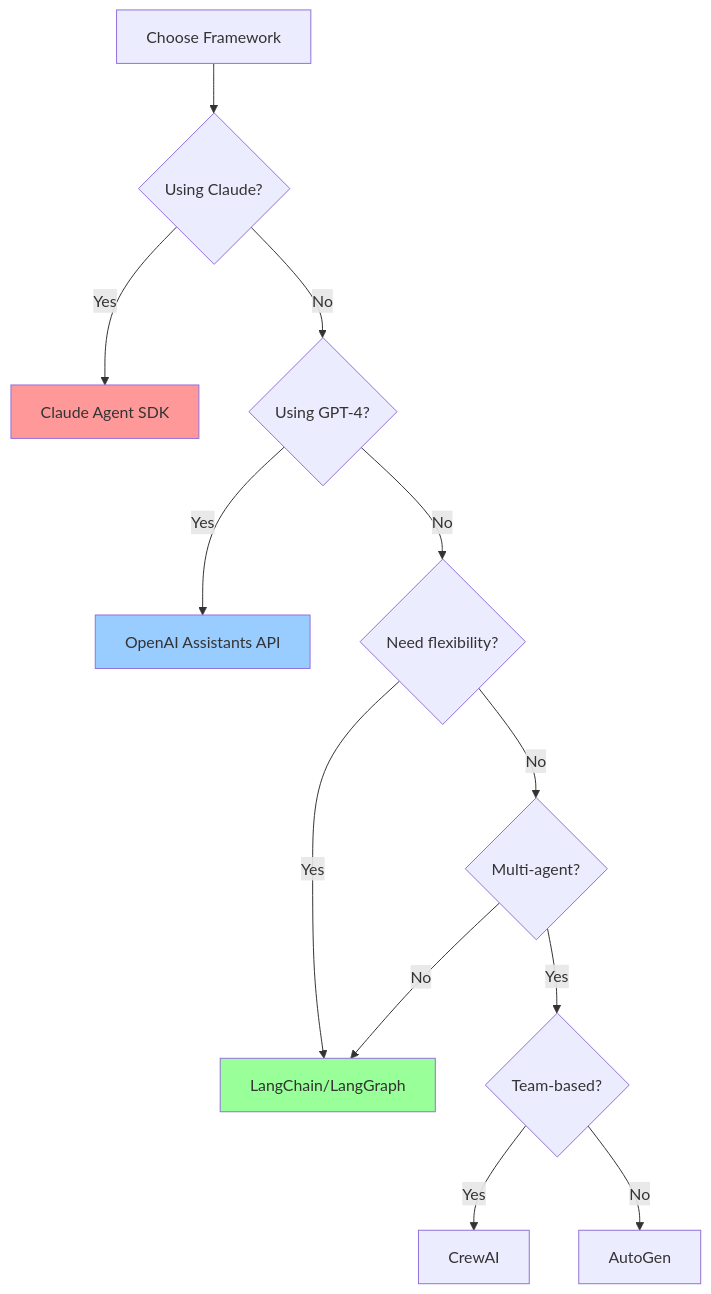
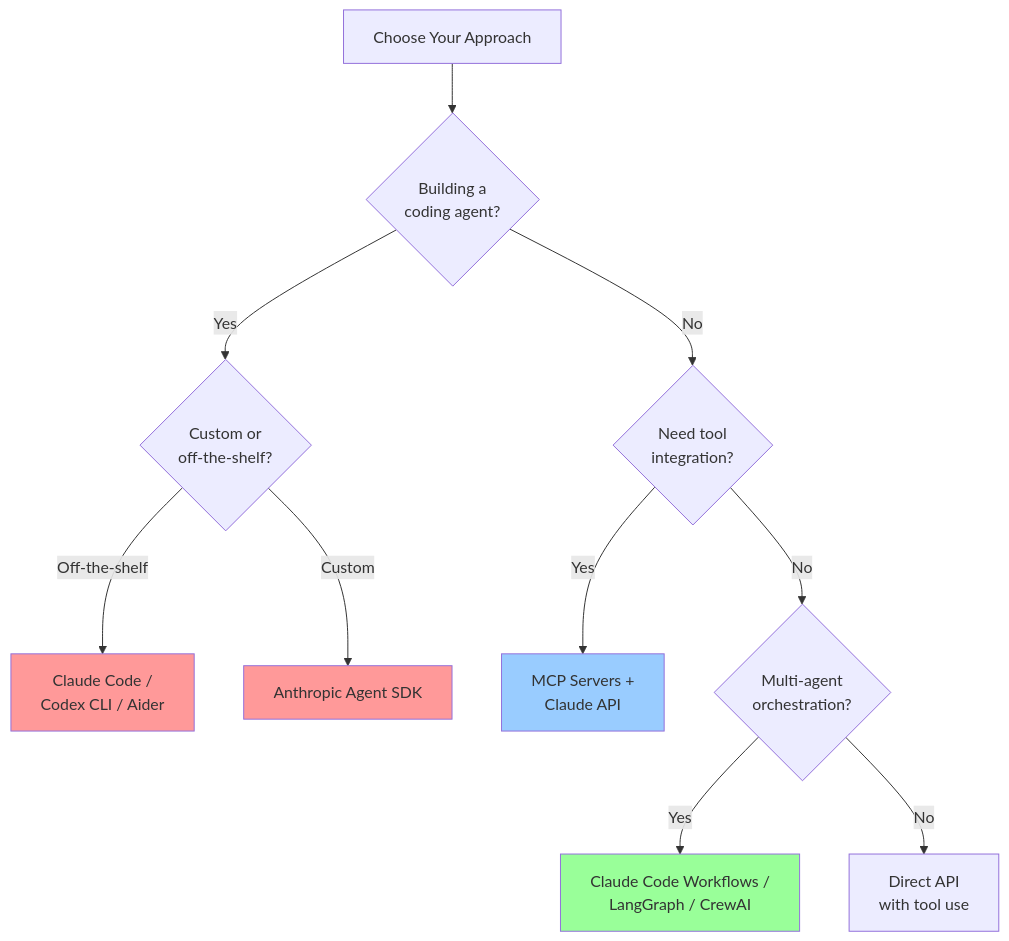
The first of 2 diagrams in public/data/workshops/workshop-04-morning-ai-agents/01_concepts.md (DreamLab-AI/dreamlab-ai-website), drawn with Mermaid before and after one commit. The commit also changed other lines of this file and 111 other files, not shown here.

First line of the commit message:
feat(workshops): comprehensive 2026 update + Docker & Claude Code deep dives

````diff
--- a/public/data/workshops/workshop-04-morning-ai-agents/01_concepts.md
+++ b/public/data/workshops/workshop-04-morning-ai-agents/01_concepts.md
@@ -11,18 +11,17 @@
 ```mermaid
 graph TD
-    Start[Choose Framework] --> Q1{Using Claude?}
-    Q1 -->|Yes| Claude[Claude Agent SDK]
-    Q1 -->|No| Q2{Using GPT-4?}
-    Q2 -->|Yes| OpenAI[OpenAI Assistants API]
-    Q2 -->|No| Q3{Need flexibility?}
-    Q3 -->|Yes| LangChain[LangChain/LangGraph]
-    Q3 -->|No| Q4{Multi-agent?}
-    Q4 -->|Yes| Multi{Team-based?}
-    Multi -->|Yes| CrewAI[CrewAI]
-    Multi -->|No| AutoGen[AutoGen]
-    Q4 -->|No| LangChain
+    Start[Choose Your Approach] --> Q1{Building a<br/>coding agent?}
+    Q1 -->|Yes| Q1a{Custom or<br/>off-the-shelf?}
+    Q1a -->|Off-the-shelf| ClaudeCode[Claude Code /<br/>Codex CLI / Aider]
+    Q1a -->|Custom| AgentSDK[Anthropic Agent SDK]
+    Q1 -->|No| Q2{Need tool<br/>integration?}
+    Q2 -->|Yes| MCP[MCP Servers +<br/>Claude API]
+    Q2 -->|No| Q3{Multi-agent<br/>orchestration?}
+    Q3 -->|Yes| Orch[Claude Code Workflows /<br/>LangGraph / CrewAI]
+    Q3 -->|No| Direct[Direct API<br/>with tool use]
 
-    style Claude fill:#ff9999
-    style OpenAI fill:#99ccff
-    style LangChain fill:#99ff99
+    style ClaudeCode fill:#ff9999
+    style AgentSDK fill:#ff9999
+    style MCP fill:#99ccff
+    style Orch fill:#99ff99
 ```
````
